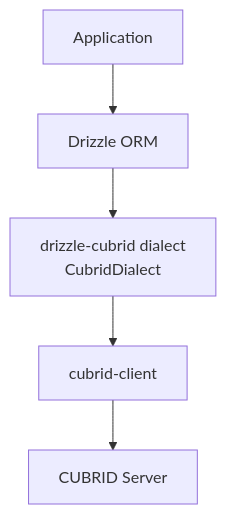
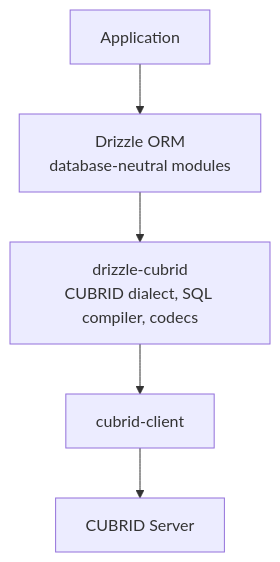
The diagram in README.md (cubrid-lab/drizzle-cubrid), drawn with Mermaid before and after one commit. The commit also changed other lines of this file and 49 other files, not shown here.

````diff
--- a/README.md
+++ b/README.md
@@ -40,7 +44,7 @@
 ```mermaid
 flowchart TD
-    A[Application] --> B[Drizzle ORM]
-    B --> C[drizzle-cubrid dialect<br/>CubridDialect]
+    A[Application] --> B[Drizzle ORM<br/>database-neutral modules]
+    B --> C[drizzle-cubrid<br/>CUBRID dialect, SQL compiler, codecs]
     C --> D[cubrid-client]
     D --> E[CUBRID Server]
 ```
````
